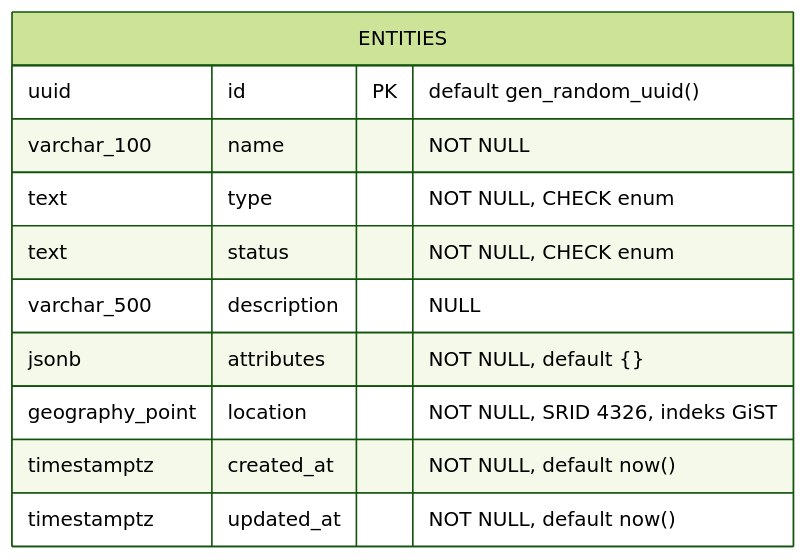
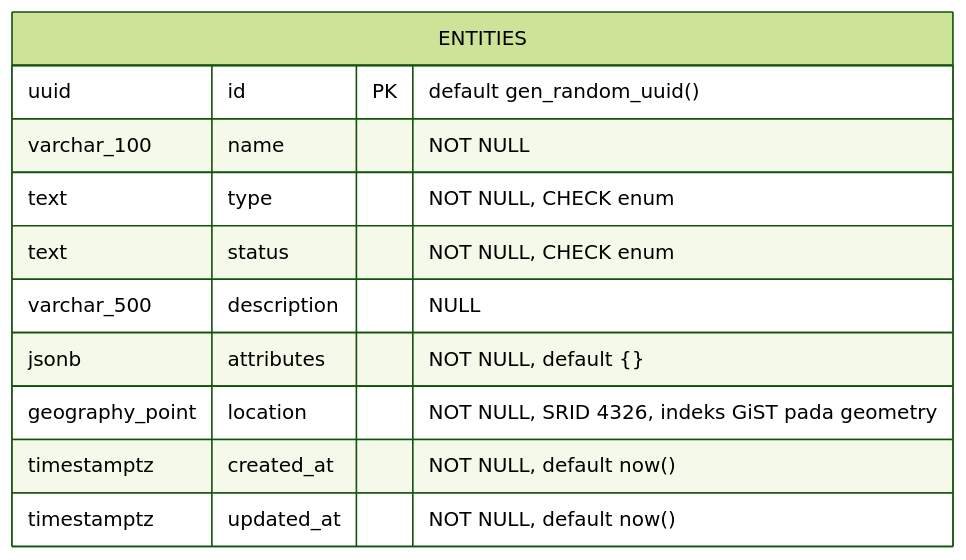
The diagram in docs/ERD.md (FazryJavier/LenSoftwareDevTest), drawn with Mermaid (forest theme) before and after one commit. The commit also changed 56 other files, not shown here.

````diff
--- a/docs/ERD.md
+++ b/docs/ERD.md
@@ -5,14 +5,14 @@
 ```mermaid
 erDiagram
     ENTITIES {
         uuid id PK "default gen_random_uuid()"
         varchar_100 name "NOT NULL"
         text type "NOT NULL, CHECK enum"
         text status "NOT NULL, CHECK enum"
         varchar_500 description "NULL"
         jsonb attributes "NOT NULL, default {}"
-        geography_point location "NOT NULL, SRID 4326, indeks GiST"
+        geography_point location "NOT NULL, SRID 4326, indeks GiST pada geometry"
         timestamptz created_at "NOT NULL, default now()"
         timestamptz updated_at "NOT NULL, default now()"
     }
 ```
````
